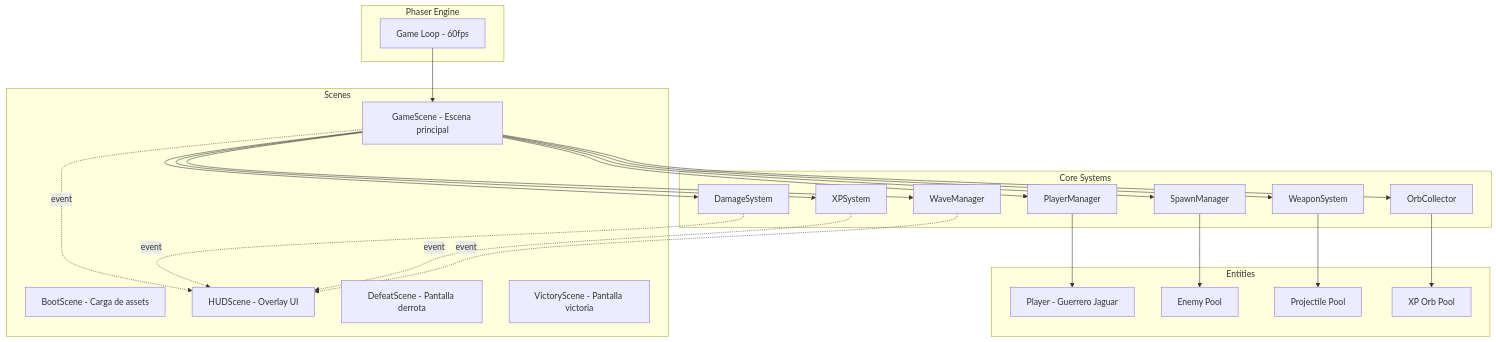
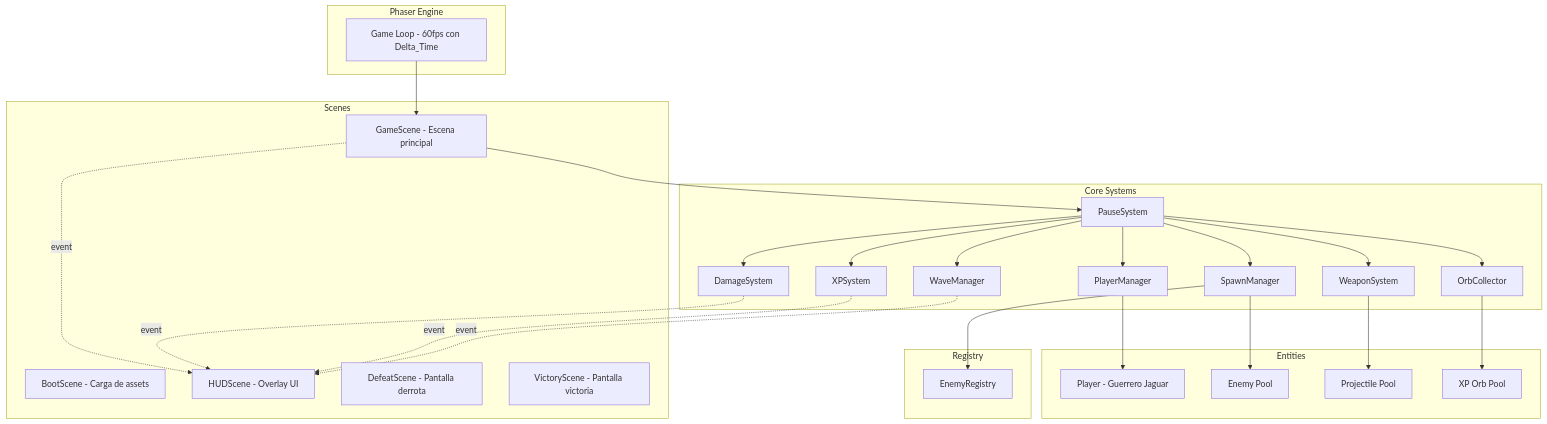
Before and after one commit to Cesar-ESR/mictlan-survivor-game-kiro: the first of 3 diagrams in .kiro/specs/mictlan-survivor-core/design.md, drawn with Mermaid. The commit also changed other lines of this file and 2 other files, not shown here.

````diff
--- a/.kiro/specs/mictlan-survivor-core/design.md
+++ b/.kiro/specs/mictlan-survivor-core/design.md
@@ -19,50 +22,57 @@
 ```mermaid
 graph TD
     subgraph Phaser Engine
-        GL[Game Loop - 60fps]
+        GL[Game Loop - 60fps con Delta_Time]
     end
 
     subgraph Scenes
         BS[BootScene - Carga de assets]
         GS[GameScene - Escena principal]
         UI[HUDScene - Overlay UI]
         DS[DefeatScene - Pantalla derrota]
         VS[VictoryScene - Pantalla victoria]
     end
 
     subgraph Core Systems
         PM[PlayerManager]
         SM[SpawnManager]
         WM[WaveManager]
         DMS[DamageSystem]
         XPS[XPSystem]
         WPS[WeaponSystem]
         OC[OrbCollector]
+        PS[PauseSystem]
     end
 
     subgraph Entities
         PL[Player - Guerrero Jaguar]
         EN[Enemy Pool]
         PR[Projectile Pool]
         OR[XP Orb Pool]
     end
 
+    subgraph Registry
+        ER[EnemyRegistry]
+    end
+
     GL --> GS
-    GS --> PM
-    GS --> SM
-    GS --> WM
-    GS --> DMS
-    GS --> XPS
-    GS --> WPS
-    GS --> OC
+    GS --> PS
+    PS --> PM
+    PS --> SM
+    PS --> WM
+    PS --> DMS
+    PS --> XPS
+    PS --> WPS
+    PS --> OC
 
     PM --> PL
     SM --> EN
+    SM --> ER
     WPS --> PR
     OC --> OR
 
     GS -.event.-> UI
     DMS -.event.-> UI
     XPS -.event.-> UI
     WM -.event.-> UI
 ```
````
